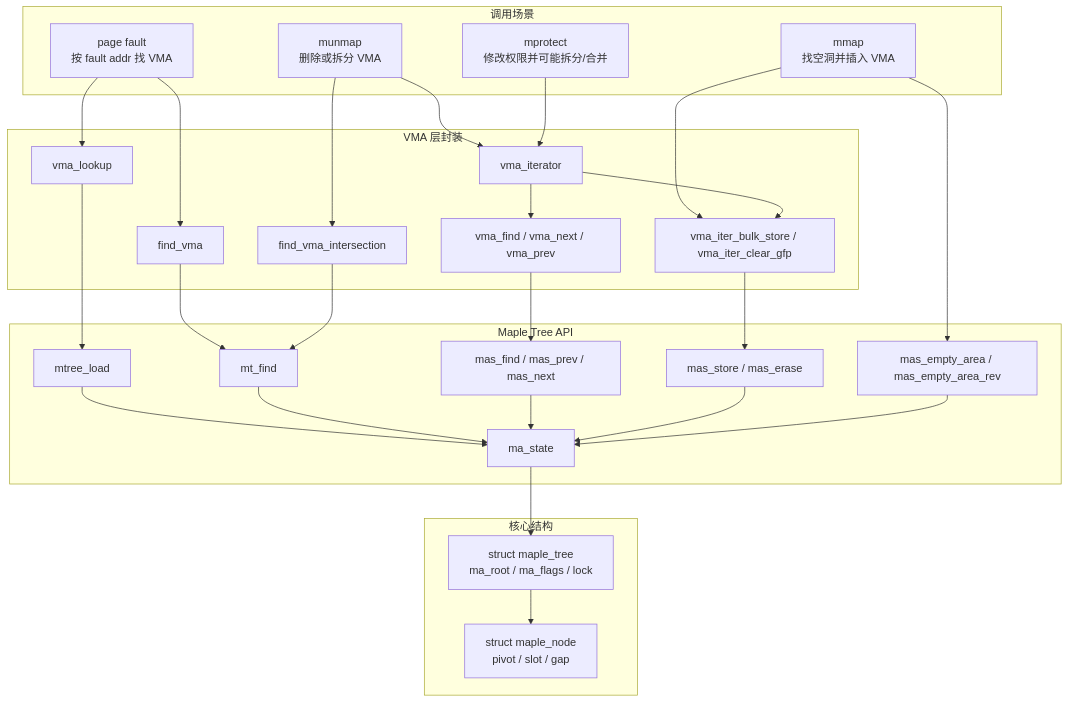
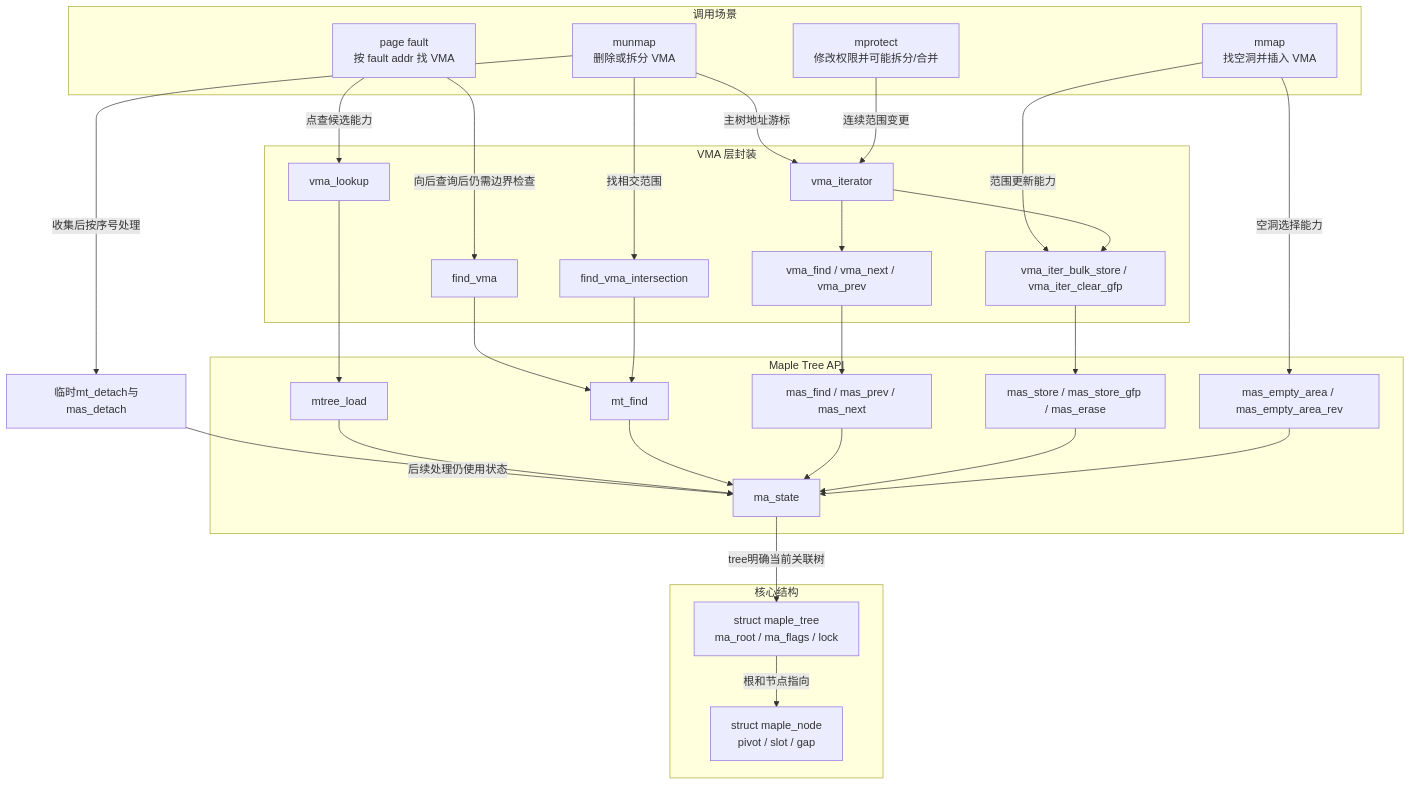
Diagram 12 of 12 in knowledge/linux/data_structures/红黑树_rb-tree/P15_Linux_6.12_Maple_Tree_源码结构与_API_分层.md (FormingSystem/linux_note), drawn with Mermaid before and after one commit. The commit also changed other lines of this file and 20 other files, not shown here.

````diff
--- a/knowledge/linux/data_structures/红黑树_rb-tree/P15_Linux_6.12_Maple_Tree_源码结构与_API_分层.md
+++ b/knowledge/linux/data_structures/红黑树_rb-tree/P15_Linux_6.12_Maple_Tree_源码结构与_API_分层.md
@@ -993,57 +917,59 @@
 ```mermaid
 flowchart TD
     subgraph USERPATH["调用场景"]
         PF["page fault<br/>按 fault addr 找 VMA"]
         MMAP["mmap<br/>找空洞并插入 VMA"]
         MUNMAP["munmap<br/>删除或拆分 VMA"]
         MPROTECT["mprotect<br/>修改权限并可能拆分/合并"]
     end
 
     subgraph VMAAPI["VMA 层封装"]
         VL["vma_lookup"]
         FV["find_vma"]
         FVI["find_vma_intersection"]
         VMI["vma_iterator"]
         VIF["vma_find / vma_next / vma_prev"]
         VIS["vma_iter_bulk_store / vma_iter_clear_gfp"]
     end
 
     subgraph MTAPI["Maple Tree API"]
         ML["mtree_load"]
         MF["mt_find"]
         MAS["ma_state"]
         MASF["mas_find / mas_prev / mas_next"]
-        MASS["mas_store / mas_erase"]
+        MASS["mas_store / mas_store_gfp / mas_erase"]
         GAP["mas_empty_area / mas_empty_area_rev"]
     end
 
     subgraph CORE["核心结构"]
         TREE["struct maple_tree<br/>ma_root / ma_flags / lock"]
         NODE["struct maple_node<br/>pivot / slot / gap"]
     end
 
-    PF --> VL
-    PF --> FV
-    MMAP --> GAP
-    MMAP --> VIS
-    MUNMAP --> FVI
-    MUNMAP --> VMI
-    MPROTECT --> VMI
+    PF -->|点查候选能力| VL
+    PF -->|向后查询后仍需边界检查| FV
+    MMAP -->|空洞选择能力| GAP
+    MMAP -->|范围更新能力| VIS
+    MUNMAP -->|找相交范围| FVI
+    MUNMAP -->|主树地址游标| VMI
+    MUNMAP -->|收集后按序号处理| DET["临时mt_detach与mas_detach"]
+    DET -->|后续处理仍使用状态| MAS
+    MPROTECT -->|连续范围变更| VMI
 
     VL --> ML
     FV --> MF
     FVI --> MF
     VMI --> VIF
     VMI --> VIS
     VIF --> MASF
     VIS --> MASS
 
     ML --> MAS
     MF --> MAS
     MASF --> MAS
     MASS --> MAS
     GAP --> MAS
 
-    MAS --> TREE
-    TREE --> NODE
+    MAS -->|tree明确当前关联树| TREE
+    TREE -->|根和节点指向| NODE
 ```
````
